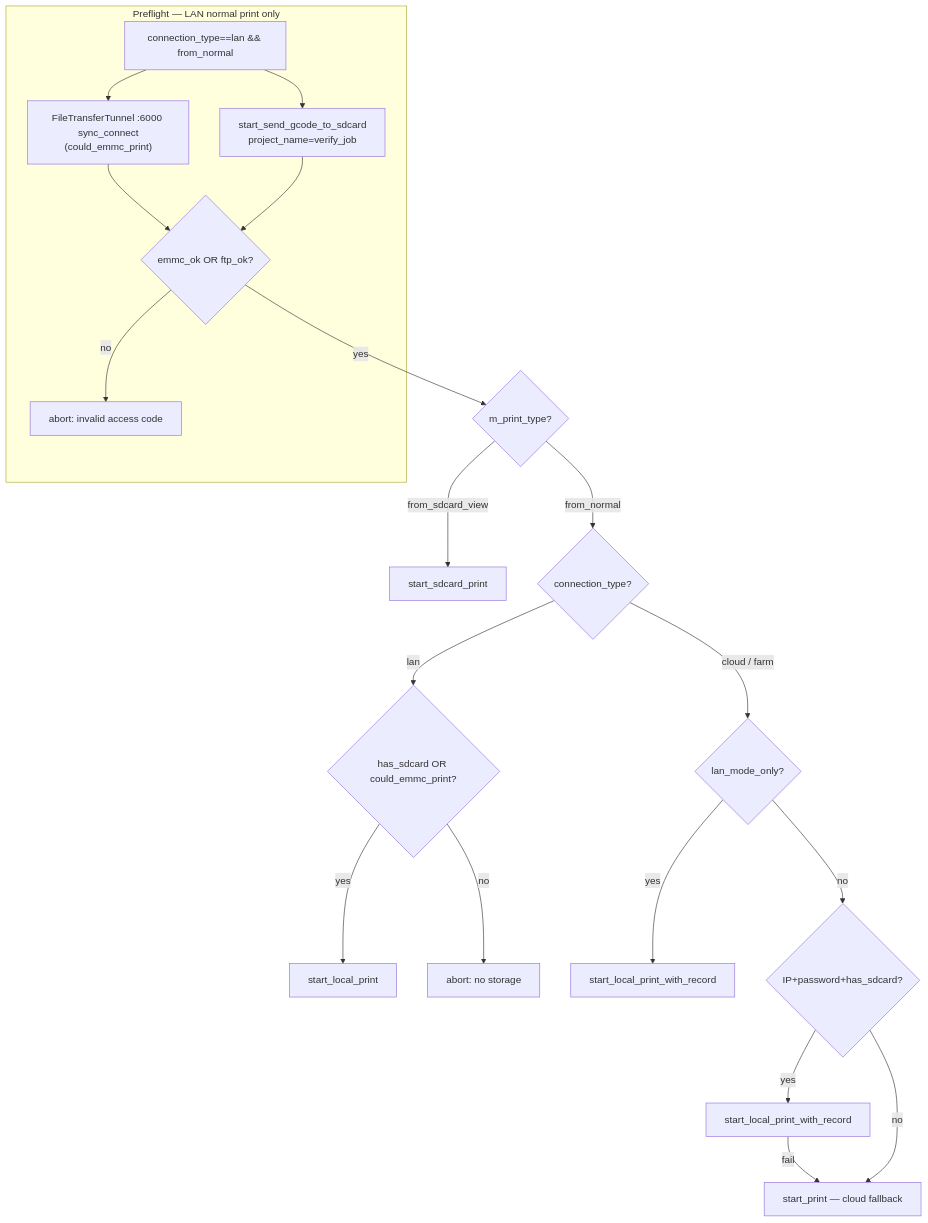
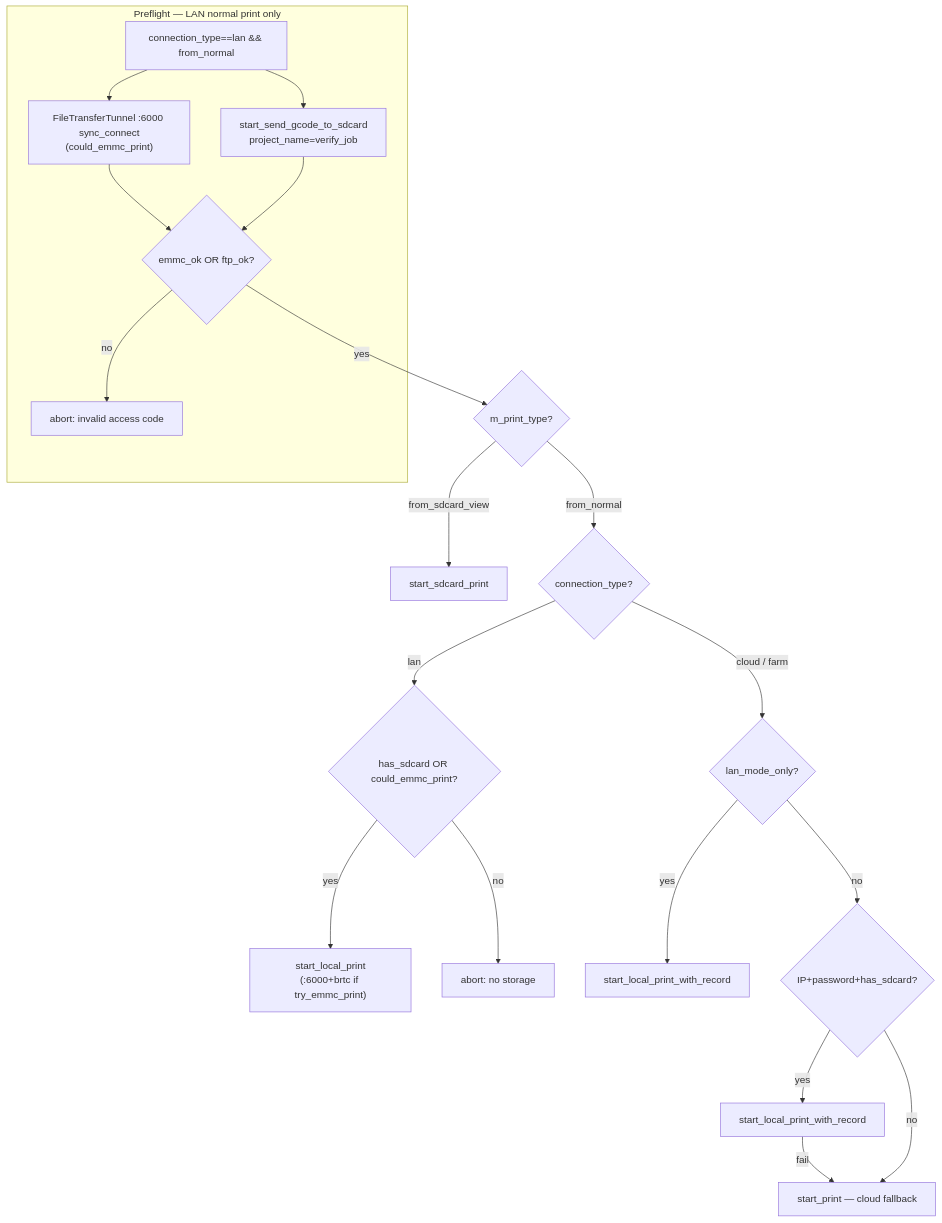
The second of 2 diagrams in NETWORK_PLUGIN.md (ClusterM/open-bamboo-networking), drawn with Mermaid before and after one commit. The commit also changed other lines of this file and 13 other files, not shown here.

````diff
--- a/NETWORK_PLUGIN.md
+++ b/NETWORK_PLUGIN.md
@@ -740,22 +742,22 @@
 ```mermaid
 flowchart TD
   subgraph pre [Preflight — LAN normal print only]
     A["connection_type==lan && from_normal"] --> B["FileTransferTunnel :6000 sync_connect\n(could_emmc_print)"]
     A --> C["start_send_gcode_to_sdcard\nproject_name=verify_job"]
     B --> D{emmc_ok OR ftp_ok?}
     C --> D
     D -->|no| E["abort: invalid access code"]
   end
   D -->|yes| F{m_print_type?}
   F -->|from_sdcard_view| G["start_sdcard_print"]
   F -->|from_normal| H{connection_type?}
   H -->|lan| I{has_sdcard OR could_emmc_print?}
-  I -->|yes| J["start_local_print"]
+  I -->|yes| J["start_local_print\n(:6000+brtc if try_emmc_print)"]
   I -->|no| K["abort: no storage"]
   H -->|cloud / farm| L{lan_mode_only?}
   L -->|yes| M["start_local_print_with_record"]
   L -->|no| N{IP+password+has_sdcard?}
   N -->|yes| O["start_local_print_with_record"]
   O -->|fail| P["start_print — cloud fallback"]
   N -->|no| P
 ```
````
